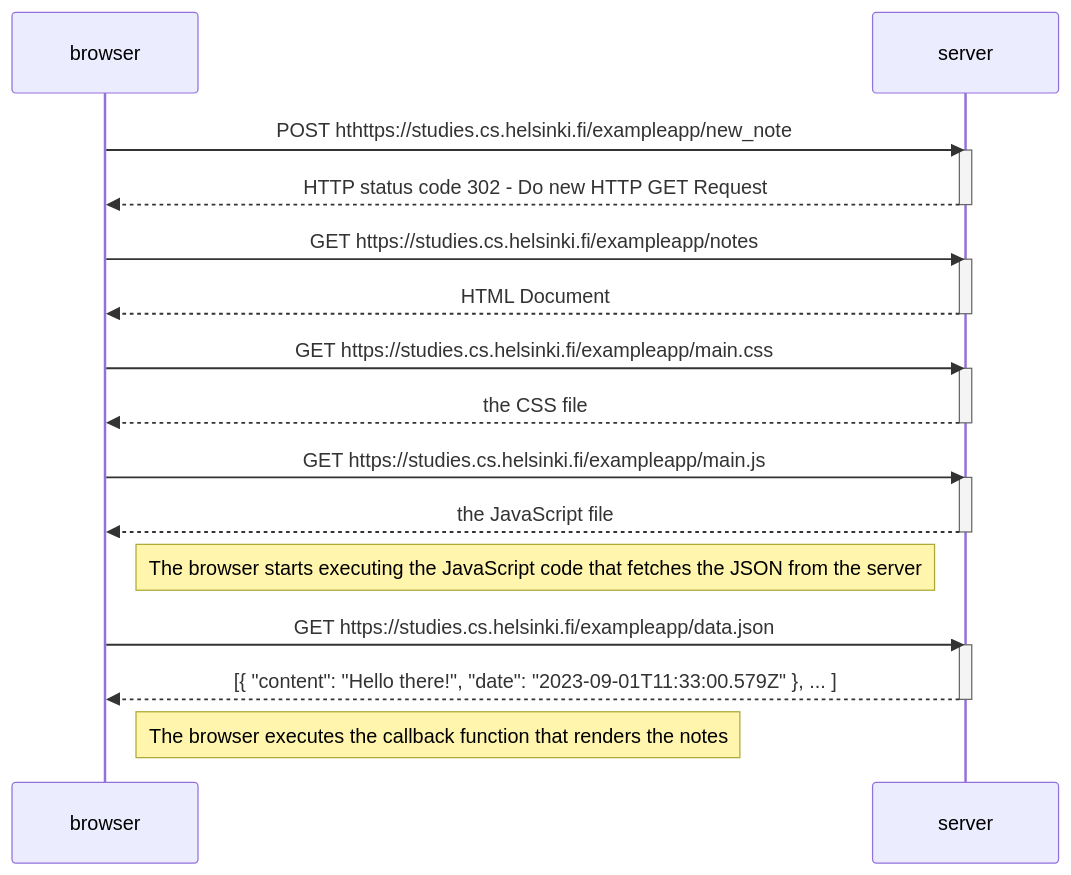
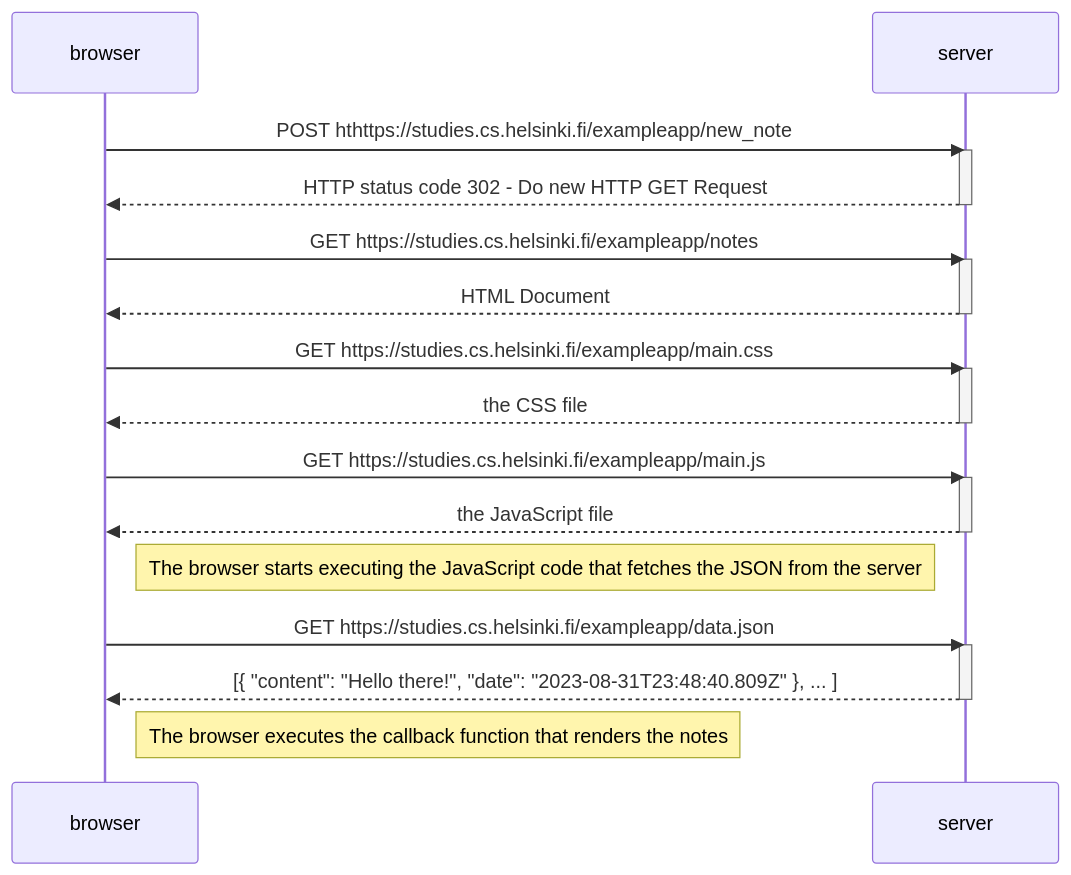
Before and after one commit to ZahinFuad/Fullstack: the diagram in part0/new_note_diagram.md, drawn with Mermaid. The commit also changed 1 other file, not shown here.

Commit message:
Final Single Page App Diagram

````diff
--- a/part0/new_note_diagram.md
+++ b/part0/new_note_diagram.md
@@ -1,34 +1,34 @@
 ```mermaid
 sequenceDiagram
     participant browser
     participant server
 
     browser->>server: POST hthttps://studies.cs.helsinki.fi/exampleapp/new_note
     activate server
     server-->>browser: HTTP status code 302 - Do new HTTP GET Request
     deactivate server
 
     browser->>server: GET https://studies.cs.helsinki.fi/exampleapp/notes
     activate server
     server-->>browser: HTML Document
     deactivate server
 
     browser->>server: GET https://studies.cs.helsinki.fi/exampleapp/main.css
     activate server
     server-->>browser: the CSS file
     deactivate server
 
     browser->>server: GET https://studies.cs.helsinki.fi/exampleapp/main.js
     activate server
     server-->>browser: the JavaScript file
     deactivate server
 
     Note right of browser: The browser starts executing the JavaScript code that fetches the JSON from the server
 
     browser->>server: GET https://studies.cs.helsinki.fi/exampleapp/data.json
     activate server
-    server-->>browser: [{ "content": "Hello there!", "date": "2023-09-01T11:33:00.579Z" }, ... ]
+    server-->>browser: [{ "content": "Hello there!", "date": "2023-08-31T23:48:40.809Z" }, ... ]
     deactivate server
 
     Note right of browser: The browser executes the callback function that renders the notes
 ```
````
